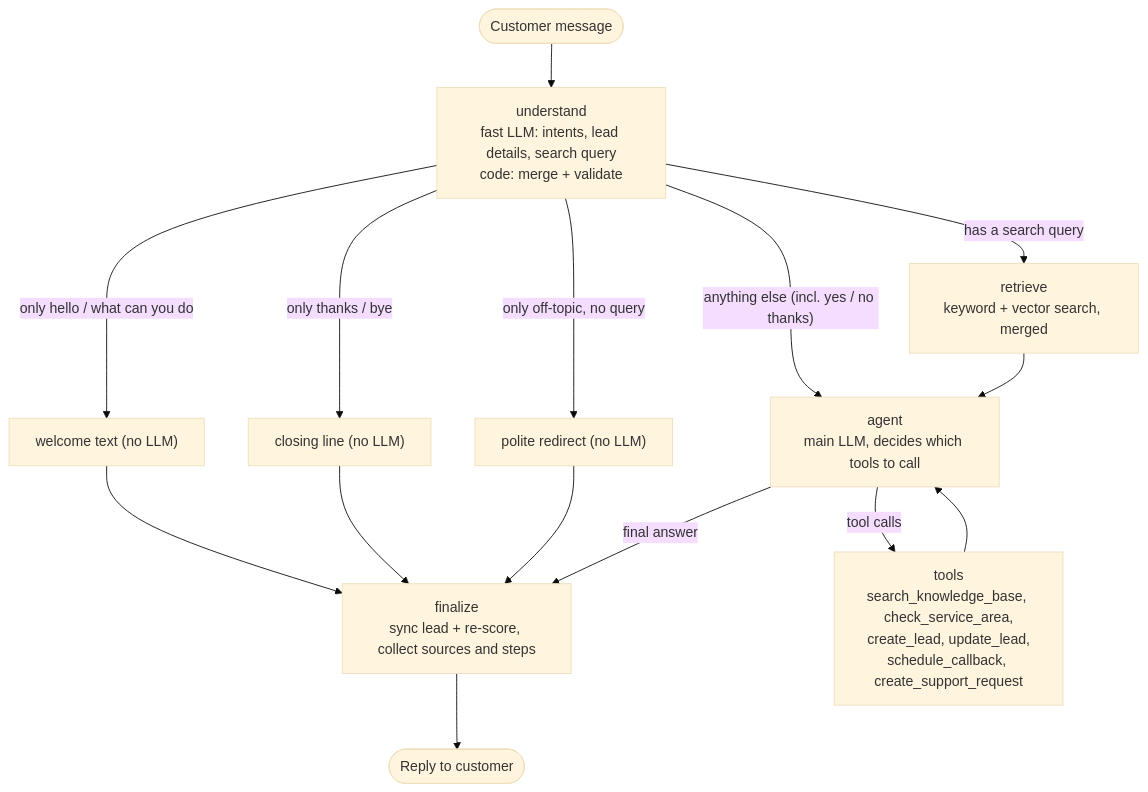
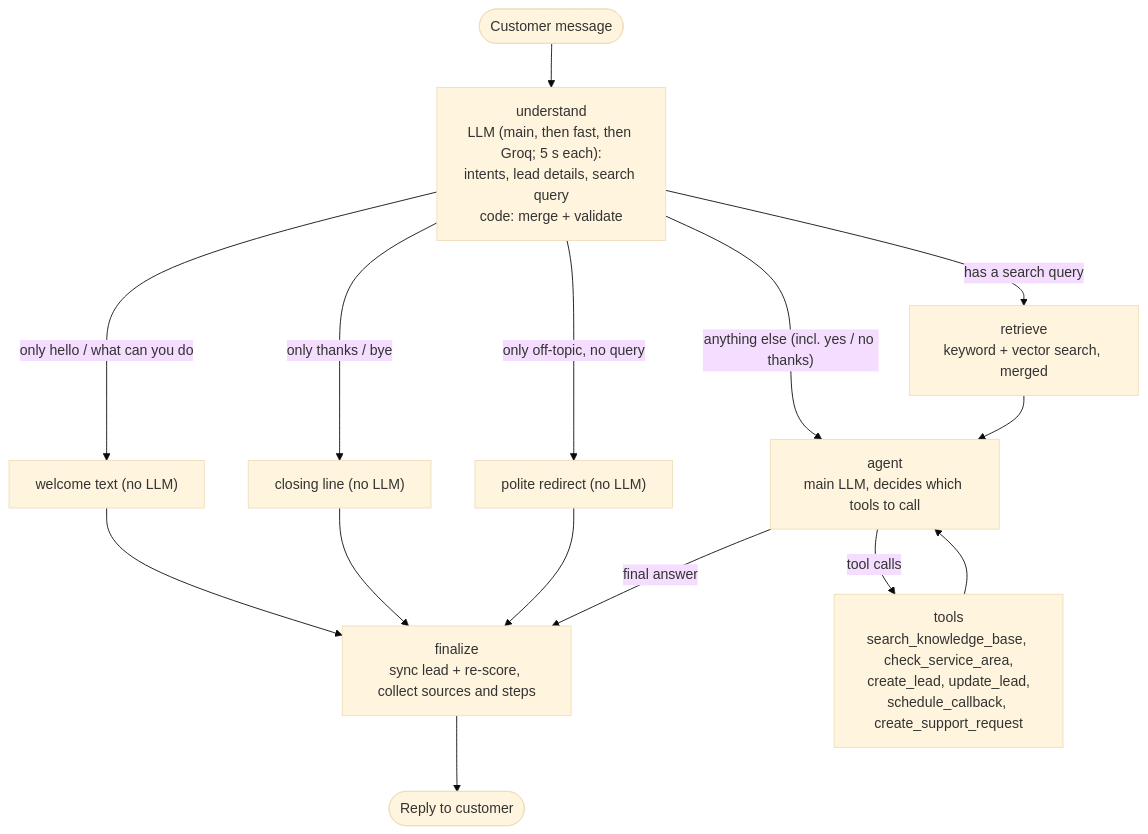
Before and after one commit to AdithyaChauhan/vantis-sales-agent: the second of 2 diagrams in docs/PLAN.md, drawn with Mermaid (base theme). The commit also changed other lines of this file and 21 other files, not shown here.

First line of the commit message:
feat(agent): T10b fast understand with 5 s deadlines and a natural voice

````diff
--- a/docs/PLAN.md
+++ b/docs/PLAN.md
@@ -91,17 +91,17 @@
 ```mermaid
 flowchart TD
-  msg(["Customer message"]) --> understand["understand<br/>fast LLM: intents, lead details, search query<br/>code: merge + validate"]
+  msg(["Customer message"]) --> understand["understand<br/>LLM (main, then fast, then Groq; 5 s each):<br/>intents, lead details, search query<br/>code: merge + validate"]
   understand -->|"only hello / what can you do"| welcome["welcome text (no LLM)"]
   understand -->|"only thanks / bye"| closing["closing line (no LLM)"]
   understand -->|"only off-topic, no query"| redirect["polite redirect (no LLM)"]
   welcome --> finalize
   closing --> finalize
   redirect --> finalize
   understand -->|"has a search query"| retrieve["retrieve<br/>keyword + vector search, merged"]
   understand -->|"anything else (incl. yes / no thanks)"| agent
   retrieve --> agent["agent<br/>main LLM, decides which tools to call"]
   agent -->|"tool calls"| tools["tools<br/>search_knowledge_base, check_service_area,<br/>create_lead, update_lead,<br/>schedule_callback, create_support_request"]
   tools --> agent
   agent -->|"final answer"| finalize["finalize<br/>sync lead + re-score, collect sources and steps"]
   finalize --> reply(["Reply to customer"])
 ```
````
